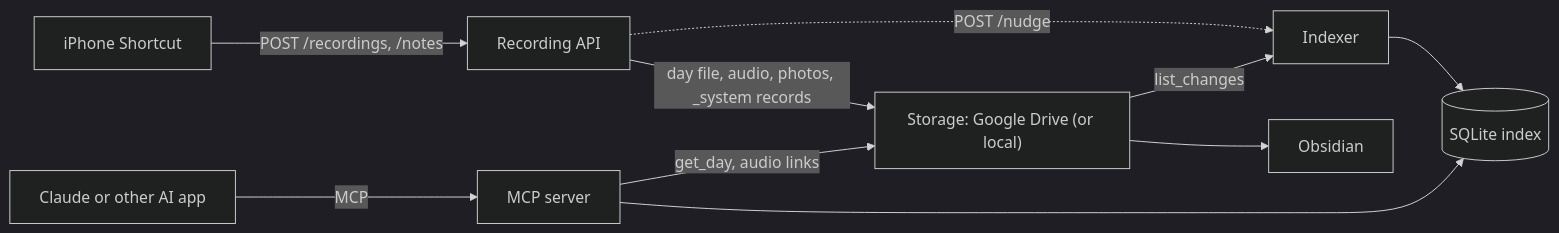
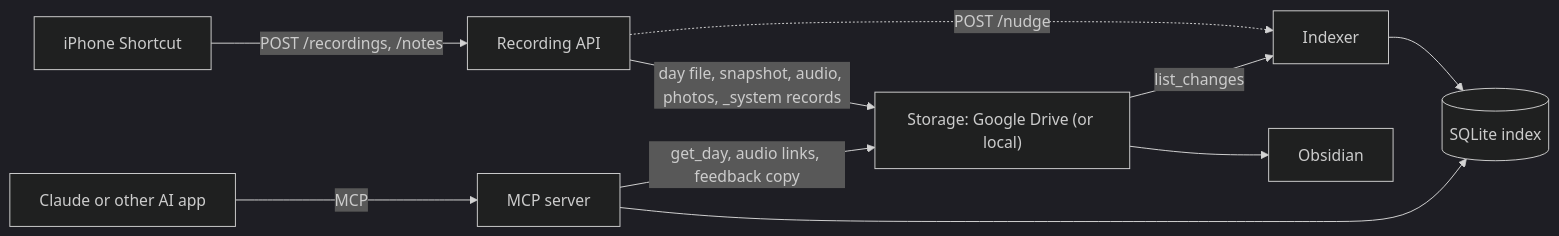
The diagram in docs/architecture.md (cbonthala/lumitrace), drawn with Mermaid (dark theme) before and after one commit. The commit also changed other lines of this file and 14 other files, not shown here.

````diff
--- a/docs/architecture.md
+++ b/docs/architecture.md
@@ -3,12 +3,12 @@
 ```mermaid
 flowchart LR
     Phone["iPhone Shortcut"] -->|"POST /recordings, /notes"| RecAPI["Recording API"]
-    RecAPI -->|"day file, audio, photos, _system records"| Storage["Storage: Google Drive (or local)"]
+    RecAPI -->|"day file, snapshot, audio, photos, _system records"| Storage["Storage: Google Drive (or local)"]
     RecAPI -.->|"POST /nudge"| Indexer["Indexer"]
     Storage --> Obsidian["Obsidian"]
     Storage -->|"list_changes"| Indexer
     Indexer --> Index[("SQLite index")]
     AIApp["Claude or other AI app"] -->|MCP| MCP["MCP server"]
     MCP --> Index
-    MCP -->|"get_day, audio links"| Storage
+    MCP -->|"get_day, audio links, feedback copy"| Storage
 ```
````
